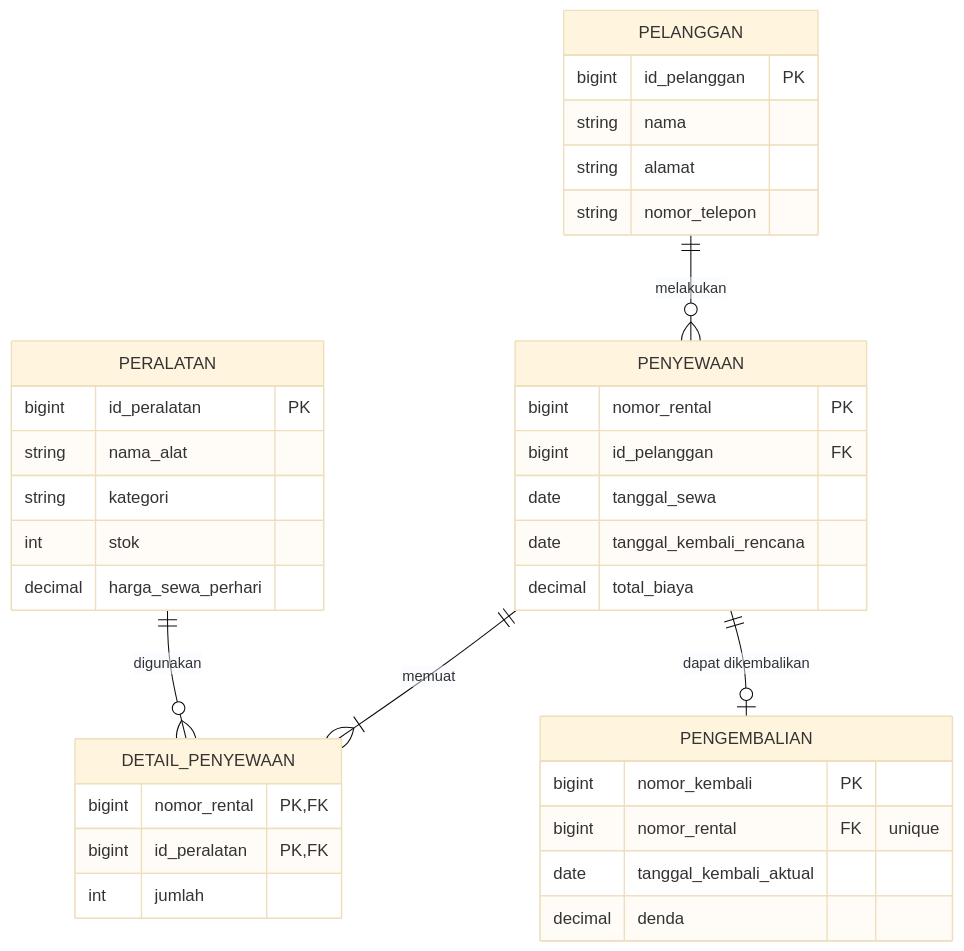
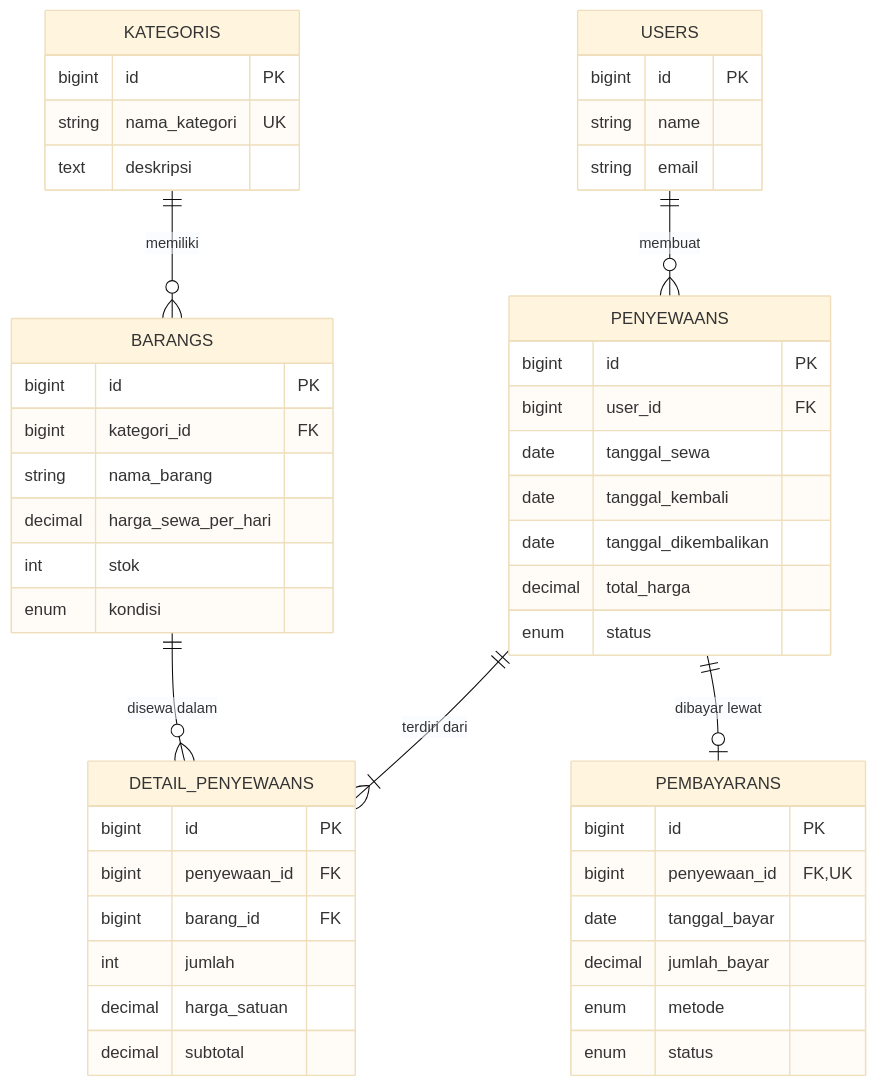
Before and after one commit to mirzayogy/laravel5d: the diagram in README.md, drawn with Mermaid (base theme). The commit also changed other lines of this file and 6 other files, not shown here.

````diff
--- a/README.md
+++ b/README.md
@@ -24,39 +17,52 @@
 ```mermaid
 erDiagram
-    PELANGGAN {
-        bigint id_pelanggan PK
-        string nama
-        string alamat
-        string nomor_telepon
+    USERS ||--o{ PENYEWAANS : "membuat"
+    KATEGORIS ||--o{ BARANGS : "memiliki"
+    PENYEWAANS ||--|{ DETAIL_PENYEWAANS : "terdiri dari"
+    BARANGS ||--o{ DETAIL_PENYEWAANS : "disewa dalam"
+    PENYEWAANS ||--o| PEMBAYARANS : "dibayar lewat"
+
+    USERS {
+        bigint id PK
+        string name
+        string email
     }
-    PENYEWAAN {
-        bigint nomor_rental PK
-        bigint id_pelanggan FK
+    KATEGORIS {
+        bigint id PK
+        string nama_kategori UK
+        text deskripsi
+    }
+    BARANGS {
+        bigint id PK
+        bigint kategori_id FK
+        string nama_barang
+        decimal harga_sewa_per_hari
+        int stok
+        enum kondisi
+    }
+    PENYEWAANS {
+        bigint id PK
+        bigint user_id FK
         date tanggal_sewa
-        date tanggal_kembali_rencana
-        decimal total_biaya
+        date tanggal_kembali
+        date tanggal_dikembalikan
+        decimal total_harga
+        enum status
     }
-    PERALATAN {
-        bigint id_peralatan PK
-        string nama_alat
-        string kategori
-        int stok
-        decimal harga_sewa_perhari
+    DETAIL_PENYEWAANS {
+        bigint id PK
+        bigint penyewaan_id FK
+        bigint barang_id FK
+        int jumlah
+        decimal harga_satuan
+        decimal subtotal
     }
-    DETAIL_PENYEWAAN {
-        bigint nomor_rental PK, FK
-        bigint id_peralatan PK, FK
-        int jumlah
+    PEMBAYARANS {
+        bigint id PK
+        bigint penyewaan_id FK,UK
+        date tanggal_bayar
+        decimal jumlah_bayar
+        enum metode
+        enum status
     }
-    PENGEMBALIAN {
-        bigint nomor_kembali PK
-        bigint nomor_rental FK "unique"
-        date tanggal_kembali_aktual
-        decimal denda
-    }
-
-    PELANGGAN ||--o{ PENYEWAAN : melakukan
-    PENYEWAAN ||--|{ DETAIL_PENYEWAAN : memuat
-    PERALATAN ||--o{ DETAIL_PENYEWAAN : digunakan
-    PENYEWAAN ||--o| PENGEMBALIAN : "dapat dikembalikan"
 ```
````
